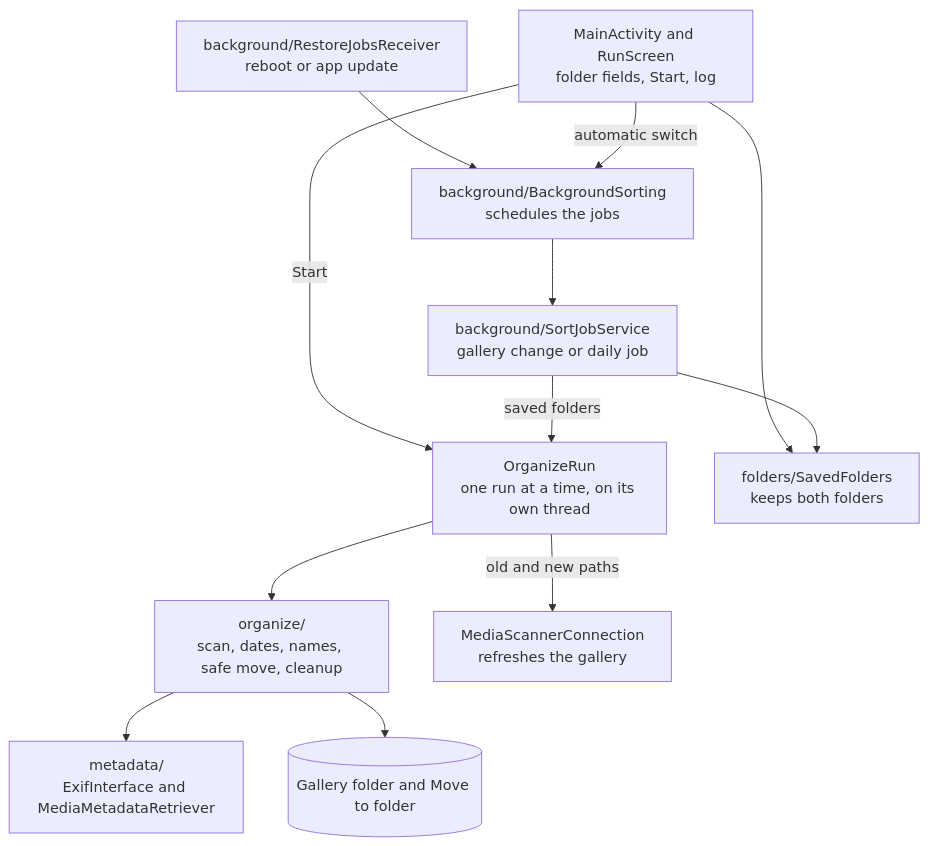
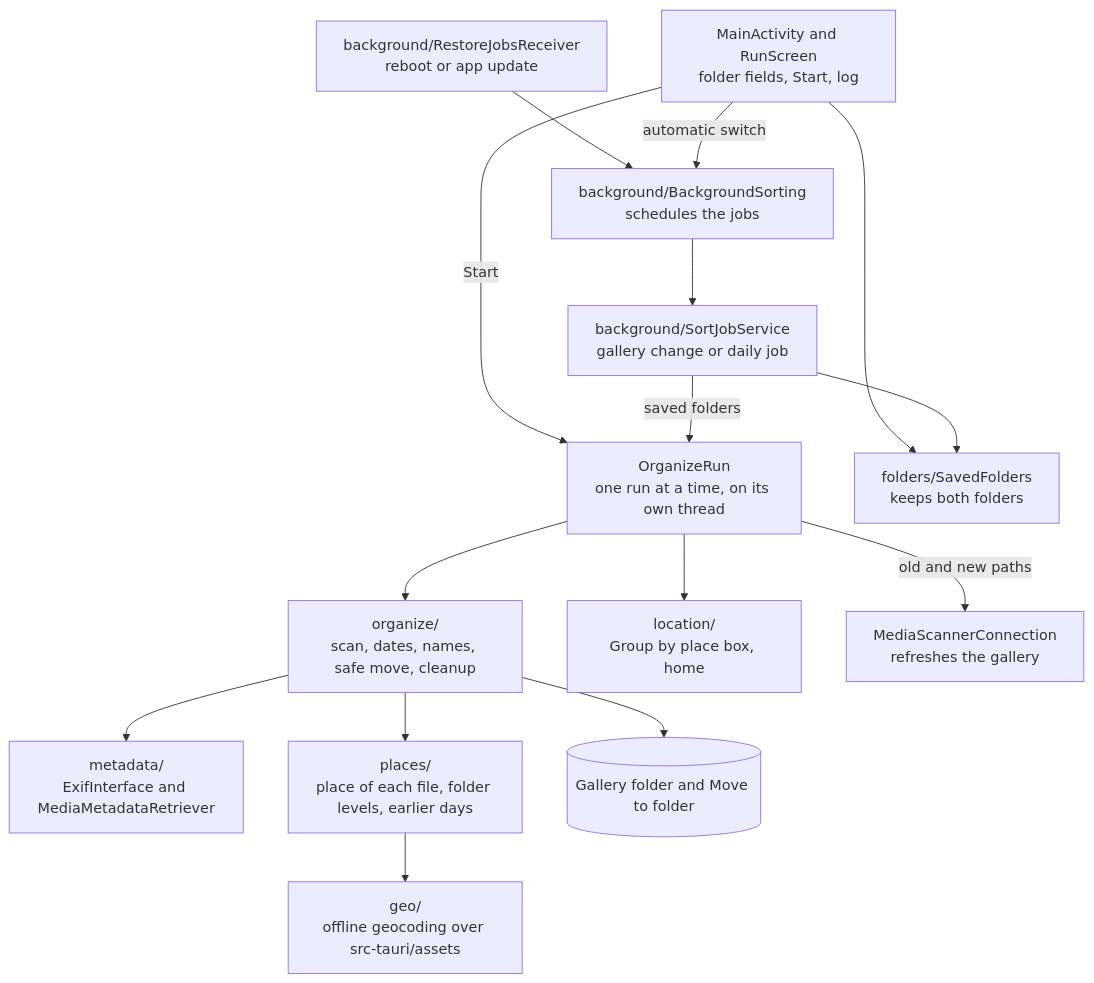
One commit to oleg-chibikov/media-organizer changed the second of 2 diagrams in android/README.md. Above: the diagram before and after it, drawn with Mermaid. The commit also changed other lines of this file and 66 other files, not shown here.

First line of the commit message:
feat(android): group photos by place like the desktop app

````diff
--- a/android/README.md
+++ b/android/README.md
@@ -90,14 +96,17 @@
 ```mermaid
 flowchart TD
   screen["MainActivity and RunScreen<br/>folder fields, Start, log"] -->|Start| run
   job["background/SortJobService<br/>gallery change or daily job"] -->|saved folders| run
   boot["background/RestoreJobsReceiver<br/>reboot or app update"] --> sched["background/BackgroundSorting<br/>schedules the jobs"]
   screen -->|automatic switch| sched
   sched --> job
   run["OrganizeRun<br/>one run at a time, on its own thread"] --> organize
   organize["organize/<br/>scan, dates, names, safe move, cleanup"] --> meta["metadata/<br/>ExifInterface and MediaMetadataRetriever"]
+  organize --> places["places/<br/>place of each file, folder levels, earlier days"]
+  places --> geo["geo/<br/>offline geocoding over src-tauri/assets"]
+  run --> location["location/<br/>Group by place box, home"]
   organize --> disk[("Gallery folder and Move to folder")]
   run -->|old and new paths| gallery["MediaScannerConnection<br/>refreshes the gallery"]
   screen --> saved["folders/SavedFolders<br/>keeps both folders"]
   job --> saved
 ```
````
